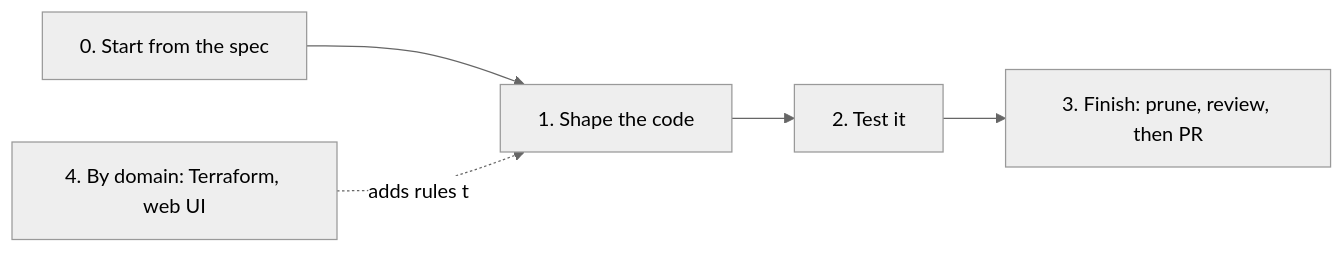
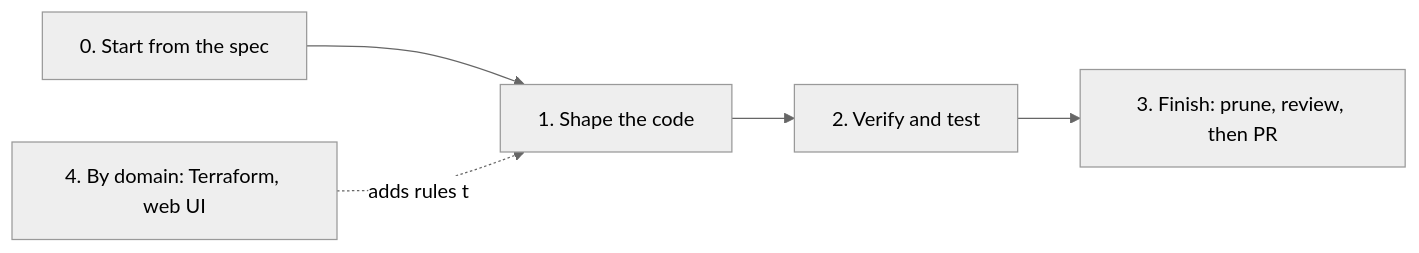
The first of 3 diagrams in coding/SKILL.md (acastro2/alex-skills), drawn with Mermaid (neutral theme) before and after one commit. The commit also changed other lines of this file and 1 other file, not shown here.

First line of the commit message:
feat(coding): verify by running, ban tests the agent volunteers

````diff
--- a/coding/SKILL.md
+++ b/coding/SKILL.md
@@ -20,7 +20,7 @@
 ```mermaid
 flowchart LR
   S[0. Start from the spec] --> A[1. Shape the code]
-  A --> B[2. Test it]
+  A --> B[2. Verify and test]
   B --> C[3. Finish: prune, review, then PR]
   D[4. By domain: Terraform, web UI] -.adds rules to.-> A
 ```
````
